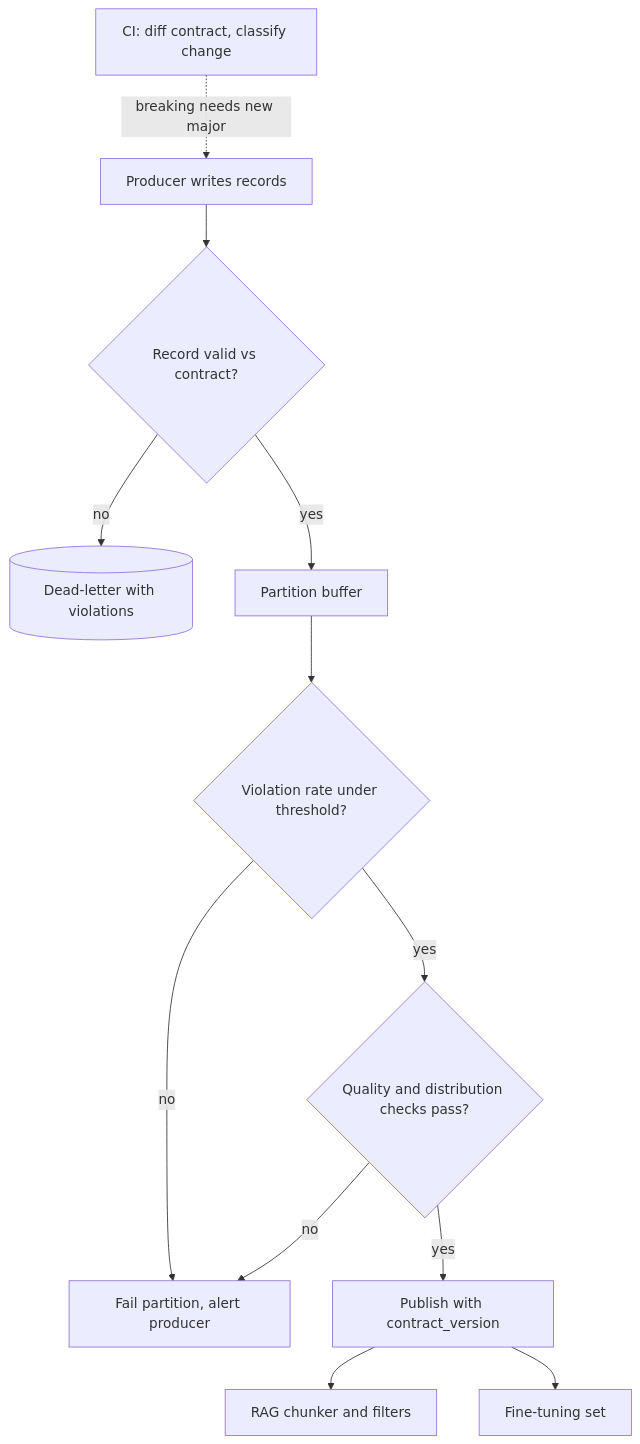
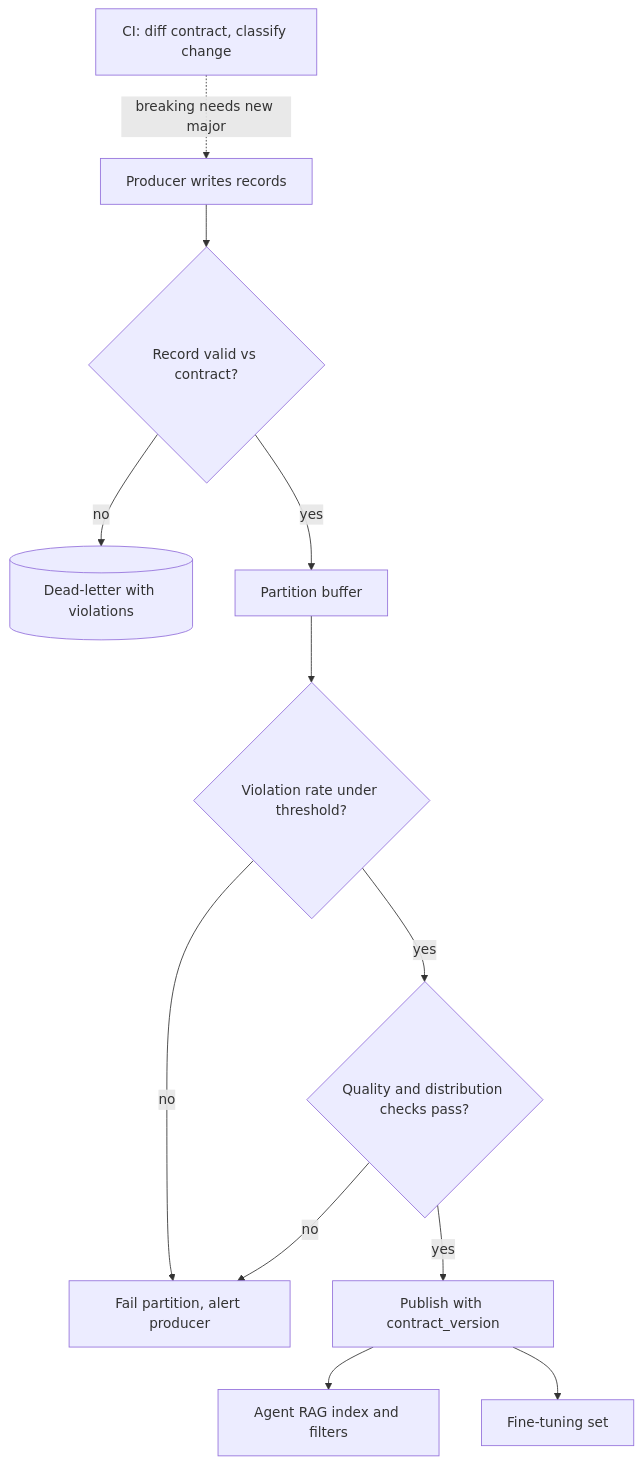
The diagram in content/data-architecture/data-contracts.md (lovishmahajan97/agentic-learning), drawn with Mermaid before and after one commit. The commit also changed other lines of this file and 454 other files, not shown here.

````diff
--- a/content/data-architecture/data-contracts.md
+++ b/content/data-architecture/data-contracts.md
@@ -138,14 +161,14 @@
 ```mermaid
 flowchart TD
     P["Producer writes records"] --> V{"Record valid vs contract?"}
     V -->|"no"| DL[("Dead-letter with violations")]
     V -->|"yes"| B["Partition buffer"]
     B --> G{"Violation rate under threshold?"}
     G -->|"no"| F["Fail partition, alert producer"]
     G -->|"yes"| Q{"Quality and distribution checks pass?"}
     Q -->|"no"| F
     Q -->|"yes"| PUB["Publish with contract_version"]
-    PUB --> C1["RAG chunker and filters"]
+    PUB --> C1["Agent RAG index and filters"]
     PUB --> C2["Fine-tuning set"]
     CI["CI: diff contract, classify change"] -.->|"breaking needs new major"| P
 ```
````
